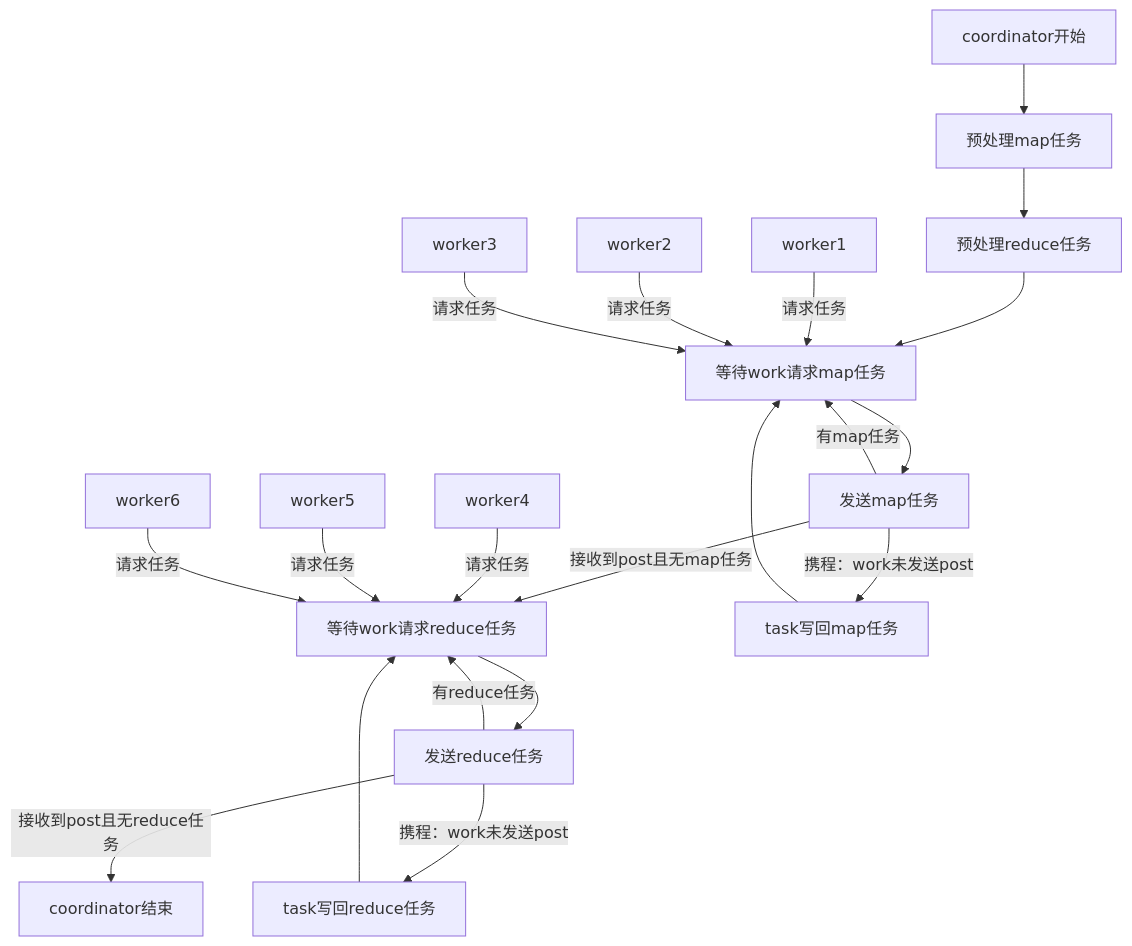
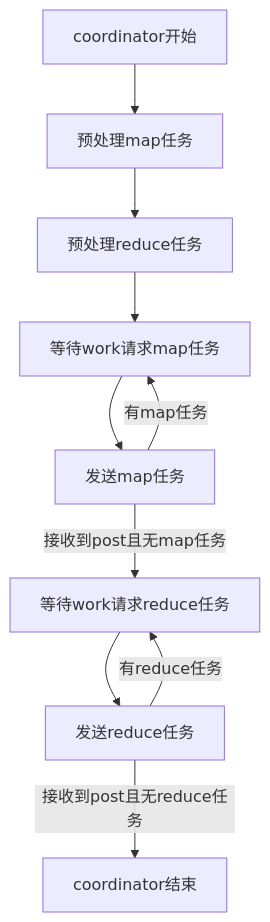
The second of 3 diagrams in README.md (edidada/mit6.824_1), drawn with Mermaid before and after one commit. The commit also changed other lines of this file and 1 other file, not shown here.

Commit message:
teach readme

````diff
--- a/README.md
+++ b/README.md
@@ -236,25 +236,12 @@
 ```mermaid
 graph TD
     coordinator开始-->预处理map任务
     预处理map任务-->预处理reduce任务
     预处理reduce任务-->等待work请求map任务
     等待work请求map任务-->发送map任务
     发送map任务--有map任务-->等待work请求map任务
     发送map任务--接收到post且无map任务-->等待work请求reduce任务
     等待work请求reduce任务-->发送reduce任务
     发送reduce任务--有reduce任务-->等待work请求reduce任务
     发送reduce任务--接收到post且无reduce任务-->coordinator结束
-
-    发送map任务--携程：work未发送post-->task写回map任务
-    task写回map任务-->等待work请求map任务
-
-    发送reduce任务--携程：work未发送post-->task写回reduce任务
-    task写回reduce任务-->等待work请求reduce任务
-
-    worker1--请求任务-->等待work请求map任务
-    worker2--请求任务-->等待work请求map任务
-    worker3--请求任务-->等待work请求map任务
-    worker4--请求任务-->等待work请求reduce任务
-    worker5--请求任务-->等待work请求reduce任务
-    worker6--请求任务-->等待work请求reduce任务
 ```
````
